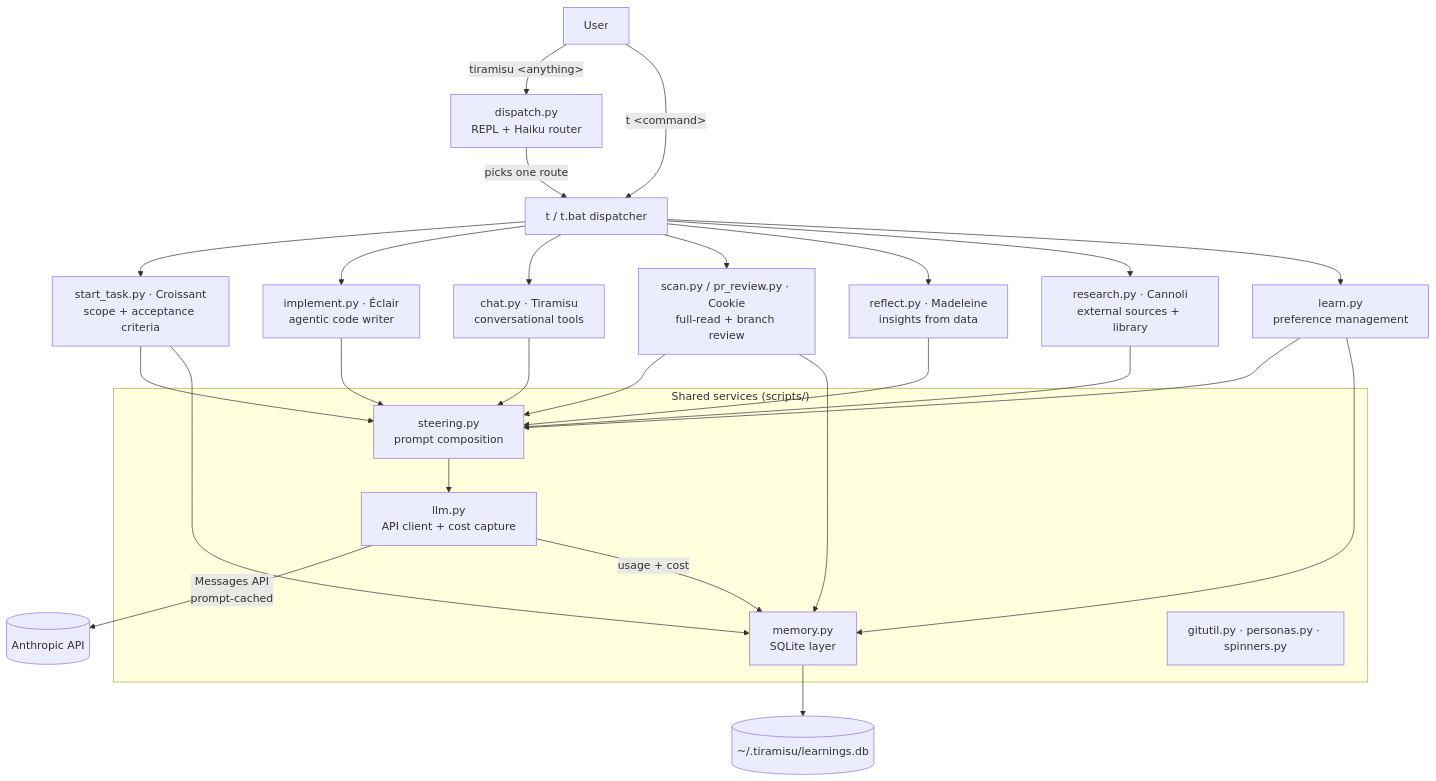
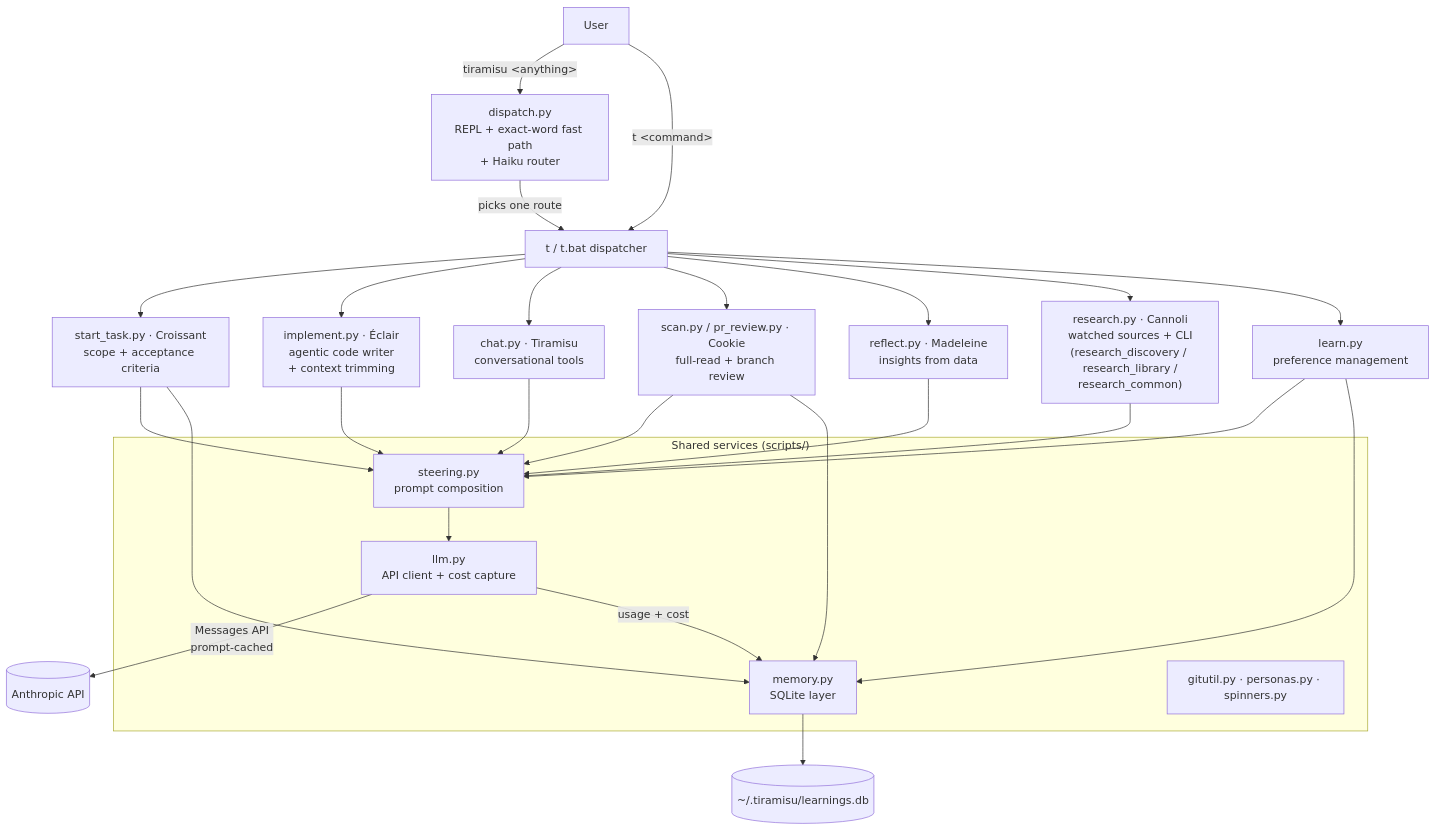
One commit to TcgVanguardTroll/Tiramisu changed the first of 7 diagrams in docs/DESIGN.md. Above: the diagram before and after it, drawn with Mermaid. The commit also changed other lines of this file and 4 other files, not shown here.

First line of the commit message:
docs: sync DESIGN.md + README with architecture changes

````diff
--- a/docs/DESIGN.md
+++ b/docs/DESIGN.md
@@ -16,28 +16,28 @@
 ```mermaid
 flowchart TD
-    U[User] -->|"tiramisu &lt;anything&gt;"| D[dispatch.py<br/>REPL + Haiku router]
+    U[User] -->|"tiramisu &lt;anything&gt;"| D[dispatch.py<br/>REPL + exact-word fast path<br/>+ Haiku router]
     U -->|"t &lt;command&gt;"| T[t / t.bat dispatcher]
     D -->|picks one route| T
 
     T --> TASK["start_task.py · Croissant<br/>scope + acceptance criteria"]
-    T --> IMPL["implement.py · Éclair<br/>agentic code writer"]
+    T --> IMPL["implement.py · Éclair<br/>agentic code writer<br/>+ context trimming"]
     T --> CHAT["chat.py · Tiramisu<br/>conversational tools"]
     T --> SCAN["scan.py / pr_review.py · Cookie<br/>full-read + branch review"]
     T --> REFL["reflect.py · Madeleine<br/>insights from data"]
-    T --> RES["research.py · Cannoli<br/>external sources + library"]
+    T --> RES["research.py · Cannoli<br/>watched sources + CLI<br/>(research_discovery / research_library /<br/>research_common)"]
     T --> LEARN["learn.py<br/>preference management"]
 
     subgraph SHARED["Shared services (scripts/)"]
         ST[steering.py<br/>prompt composition]
         LLM[llm.py<br/>API client + cost capture]
         MEM[memory.py<br/>SQLite layer]
         GU[gitutil.py · personas.py · spinners.py]
     end
 
     TASK & IMPL & CHAT & SCAN & REFL & RES & LEARN --> ST
     ST --> LLM
     LLM -->|Messages API<br/>prompt-cached| API[(Anthropic API)]
     LLM -->|usage + cost| MEM
     TASK & SCAN & LEARN --> MEM
     MEM --> DB[("~/.tiramisu/learnings.db")]
 ```
````
